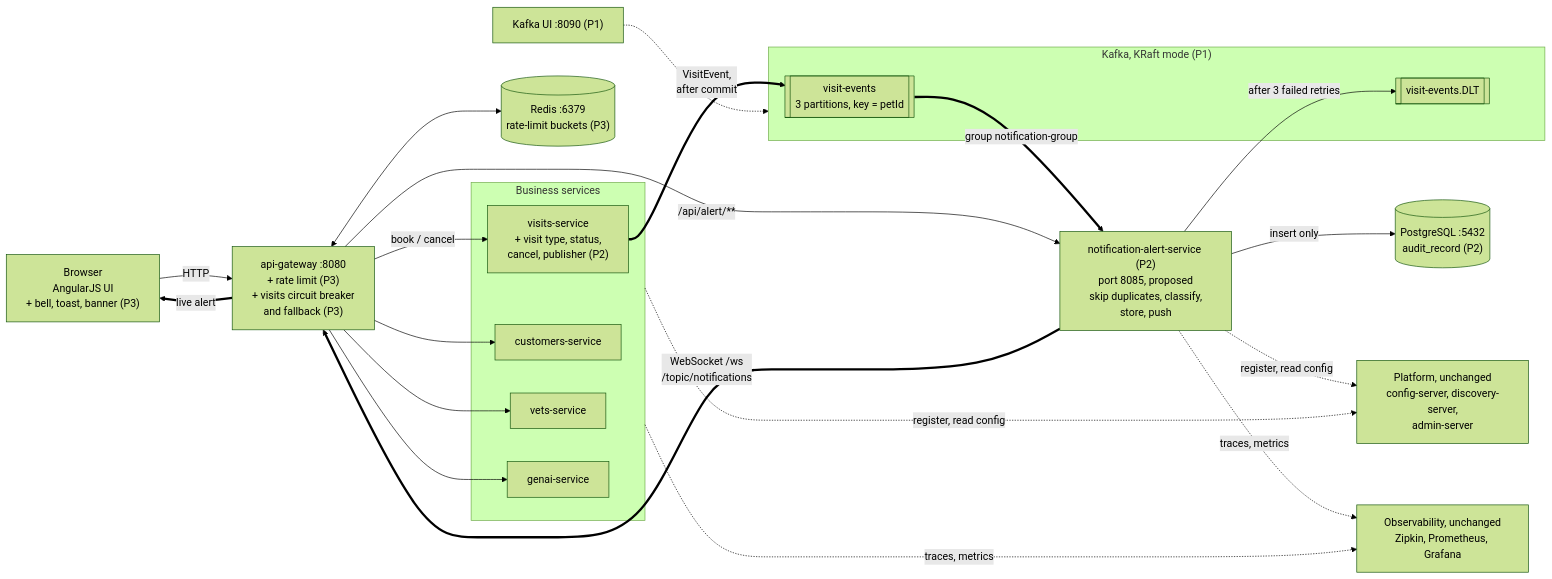
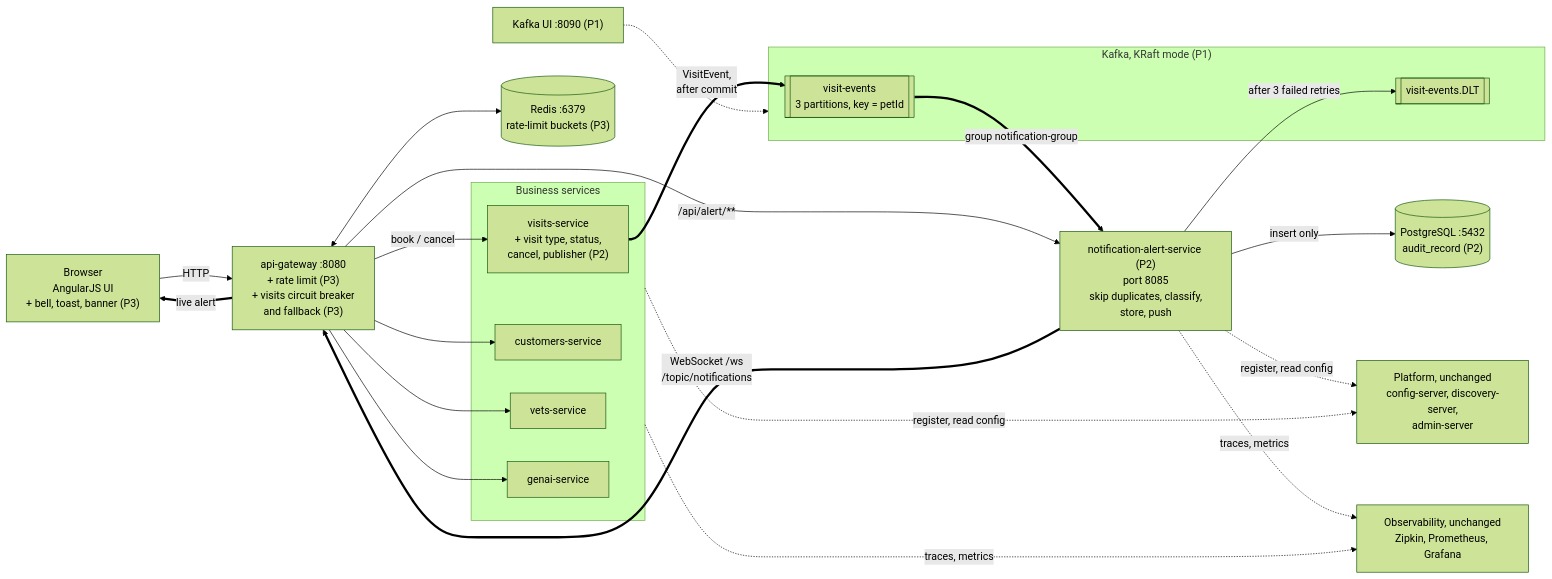
One commit to spring-petclinic/spring-petclinic-microservices changed the second of 3 diagrams in docs/architecture.md. Above: the diagram before and after it, drawn with Mermaid (forest theme). The commit also changed other lines of this file and 8 other files, not shown here.

````diff
--- a/docs/architecture.md
+++ b/docs/architecture.md
@@ -54,47 +54,47 @@
 ```mermaid
 flowchart LR
     browser["Browser<br/>AngularJS UI<br/>+ bell, toast, banner (P3)"]
 
     gateway["api-gateway :8080<br/>+ rate limit (P3)<br/>+ visits circuit breaker<br/>and fallback (P3)"]
     redis[("Redis :6379<br/>rate-limit buckets (P3)")]
 
     subgraph services["Business services"]
         customers["customers-service"]
         visits["visits-service<br/>+ visit type, status,<br/>cancel, publisher (P2)"]
         vets["vets-service"]
         genai["genai-service"]
     end
 
     subgraph kafka["Kafka, KRaft mode (P1)"]
         topic[["visit-events<br/>3 partitions, key = petId"]]
         dlt[["visit-events.DLT"]]
     end
 
-    alert["notification-alert-service (P2)<br/>port 8085, proposed<br/>skip duplicates, classify,<br/>store, push"]
+    alert["notification-alert-service (P2)<br/>port 8085<br/>skip duplicates, classify,<br/>store, push"]
     postgres[("PostgreSQL :5432<br/>audit_record (P2)")]
     kafkaui["Kafka UI :8090 (P1)"]
 
     platform["Platform, unchanged<br/>config-server, discovery-server,<br/>admin-server"]
     observability["Observability, unchanged<br/>Zipkin, Prometheus, Grafana"]
 
     browser -->|HTTP| gateway
     gateway --> customers
     gateway -->|"book / cancel"| visits
     gateway --> vets
     gateway --> genai
     gateway -->|"/api/alert/**"| alert
     gateway <--> redis
 
     visits ==>|"VisitEvent,<br/>after commit"| topic
     topic ==>|"group notification-group"| alert
     alert -->|"after 3 failed retries"| dlt
     alert -->|insert only| postgres
     alert ==>|"WebSocket /ws<br/>/topic/notifications"| gateway
     gateway ==>|live alert| browser
 
     kafkaui -.-> kafka
     services -.->|register, read config| platform
     alert -.->|register, read config| platform
     services -.->|traces, metrics| observability
     alert -.->|traces, metrics| observability
 ```
````
